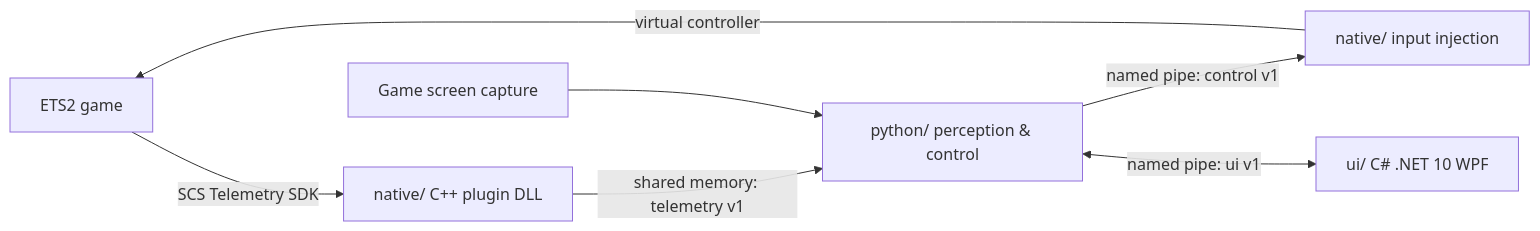
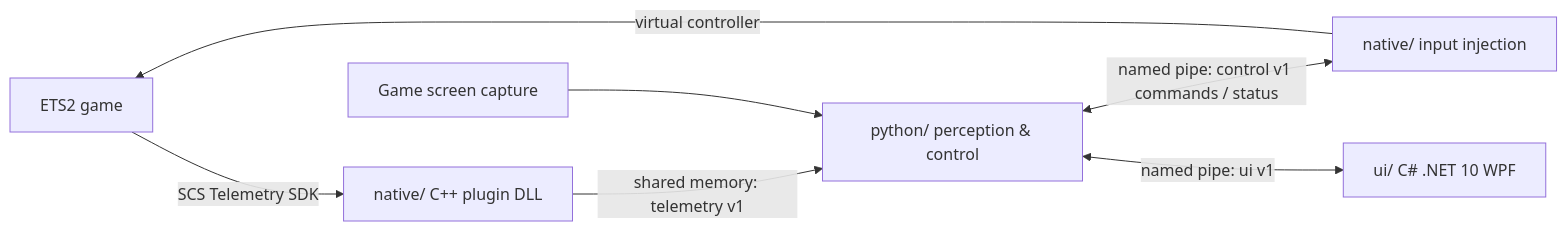
The diagram in docs/ARCHITECTURE.md (SpaceSquare640/Euro_Truck_Simulator_2_Auto_Pilot), drawn with Mermaid before and after one commit. The commit also changed other lines of this file and 6 other files, not shown here.

````diff
--- a/docs/ARCHITECTURE.md
+++ b/docs/ARCHITECTURE.md
@@ -7,9 +7,9 @@
 ```mermaid
 flowchart LR
     ETS2[ETS2 game] -->|SCS Telemetry SDK| Plugin[native/ C++ plugin DLL]
     Plugin -->|shared memory: telemetry v1| Core[python/ perception & control]
     Screen[Game screen capture] --> Core
-    Core -->|named pipe: control v1| Input[native/ input injection]
+    Core <-->|named pipe: control v1 commands / status| Input[native/ input injection]
     Input -->|virtual controller| ETS2
     Core <-->|named pipe: ui v1| UI[ui/ C# .NET 10 WPF]
 ```
````
